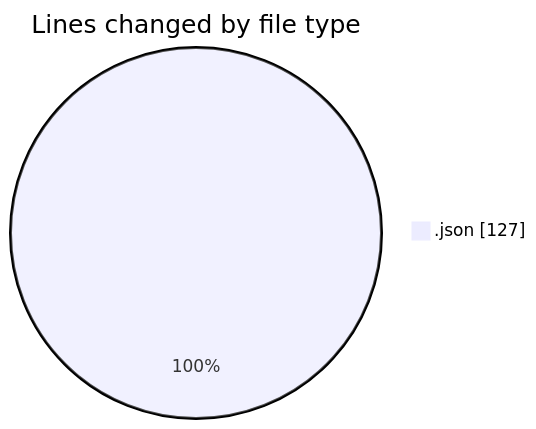
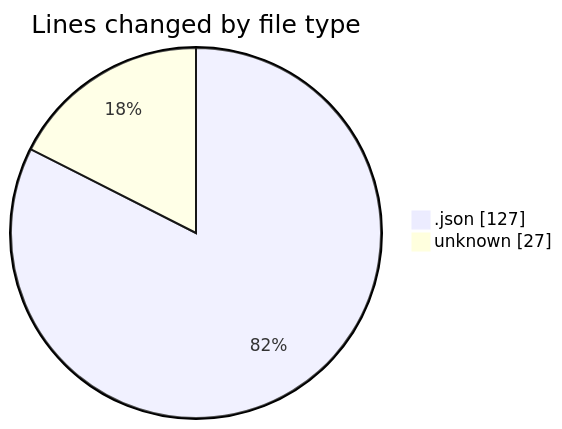
The first of 2 diagrams in 2025-07-24/_claude/README.md (EIIisD/code-tracking), drawn with Mermaid before and after one commit. The commit also changed other lines of this file and 1 other file, not shown here.

````diff
--- a/2025-07-24/_claude/README.md
+++ b/2025-07-24/_claude/README.md
@@ -20,5 +21,6 @@
 ```mermaid
 pie showData
 title Lines changed by file type
 ".json" : 127
+"unknown" : 27
 ```
````
